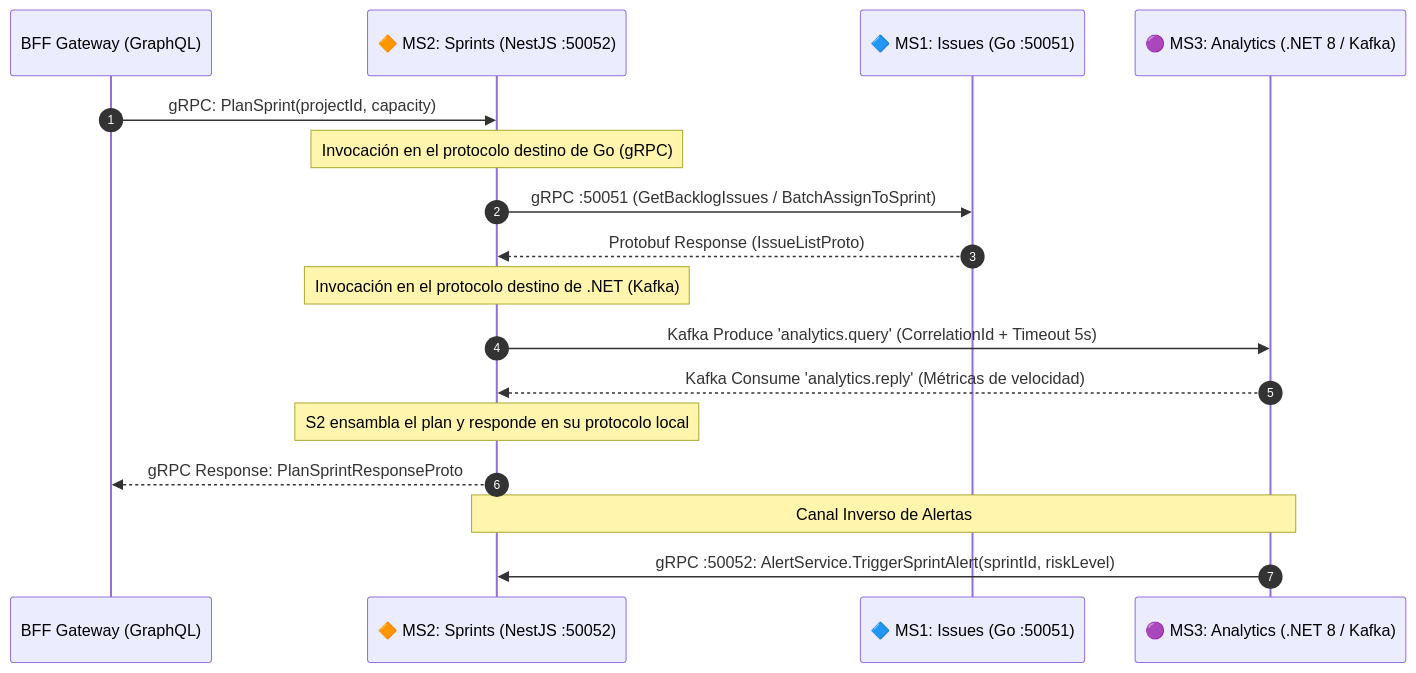
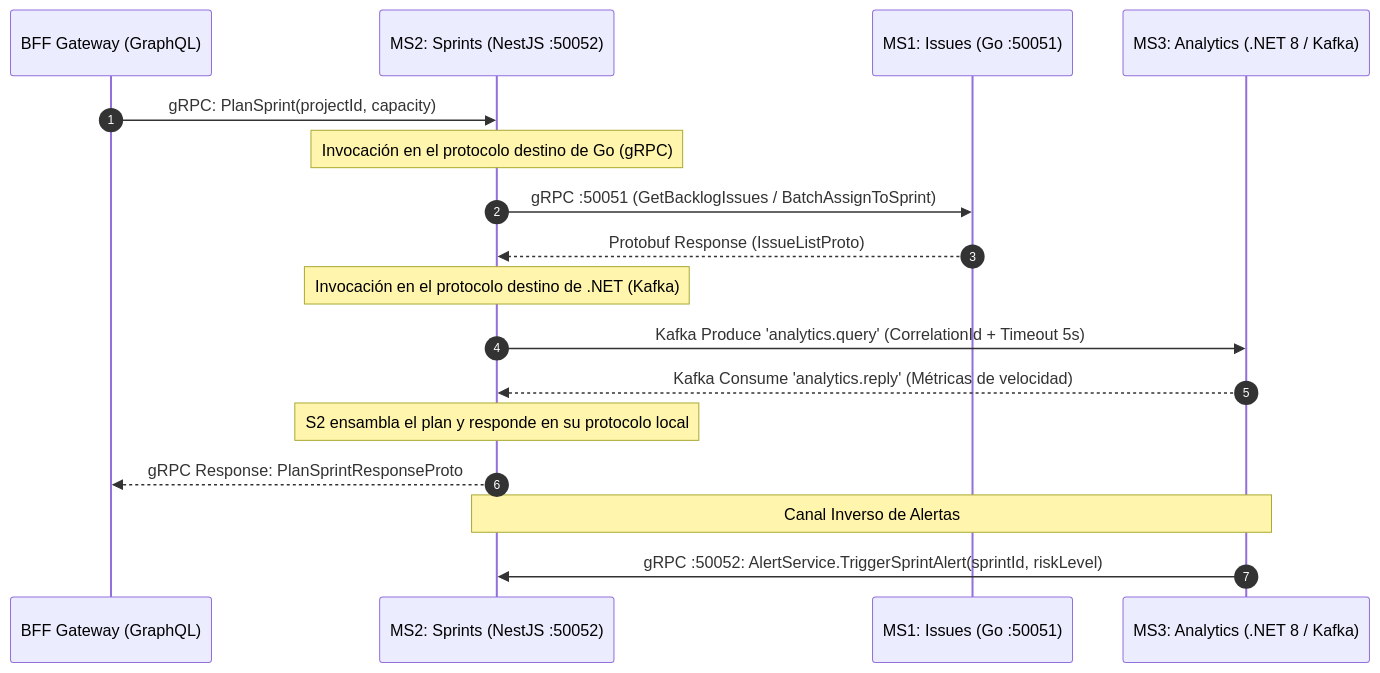
One commit to ElMatsiii/jira-sprints-nestjs changed the diagram in README.md. Above: the diagram before and after it, drawn with Mermaid. The commit also changed other lines of this file and 2 other files, not shown here.

````diff
--- a/README.md
+++ b/README.md
@@ -17,21 +17,21 @@
 ```mermaid
 sequenceDiagram
     autonumber
     participant BFF as BFF Gateway (GraphQL)
-    participant S2 as 🔶 MS2: Sprints (NestJS :50052)
-    participant S1 as 🔷 MS1: Issues (Go :50051)
-    participant S3 as 🟣 MS3: Analytics (.NET 8 / Kafka)
+    participant S2 as MS2: Sprints (NestJS :50052)
+    participant S1 as MS1: Issues (Go :50051)
+    participant S3 as MS3: Analytics (.NET 8 / Kafka)
 
     BFF->>S2: gRPC: PlanSprint(projectId, capacity)
     Note over S2: Invocación en el protocolo destino de Go (gRPC)
     S2->>S1: gRPC :50051 (GetBacklogIssues / BatchAssignToSprint)
     S1-->>S2: Protobuf Response (IssueListProto)
     Note over S2: Invocación en el protocolo destino de .NET (Kafka)
     S2->>S3: Kafka Produce 'analytics.query' (CorrelationId + Timeout 5s)
     S3-->>S2: Kafka Consume 'analytics.reply' (Métricas de velocidad)
     Note over S2: S2 ensambla el plan y responde en su protocolo local
     S2-->>BFF: gRPC Response: PlanSprintResponseProto
 
     Note over S3,S2: Canal Inverso de Alertas
     S3->>S2: gRPC :50052: AlertService.TriggerSprintAlert(sprintId, riskLevel)
 ```
````
